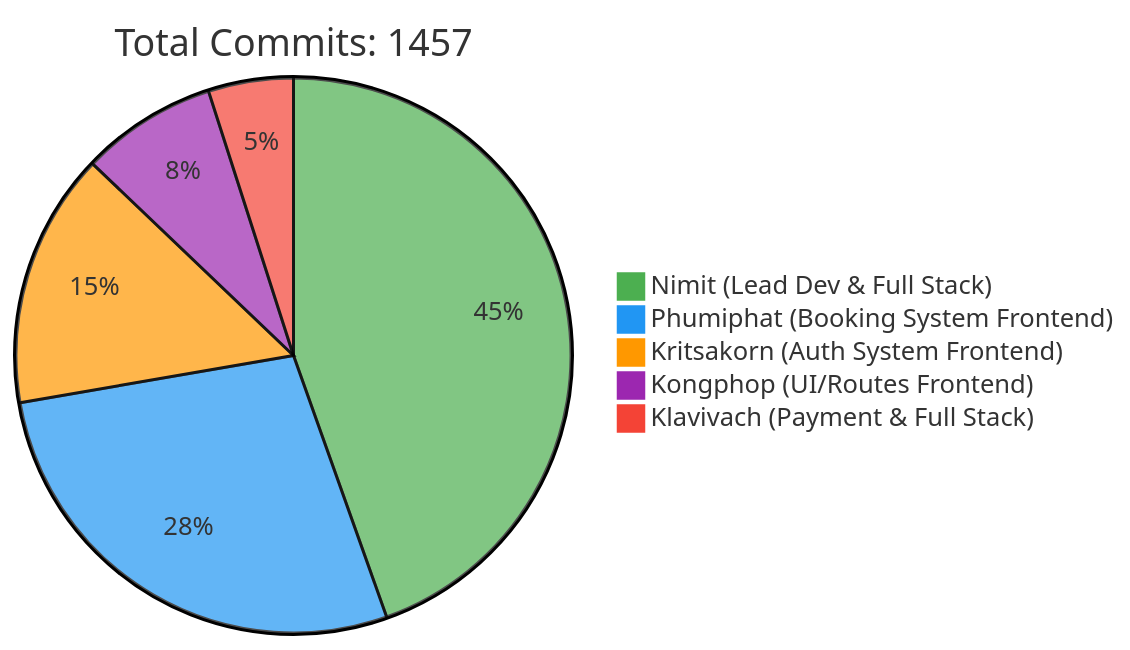
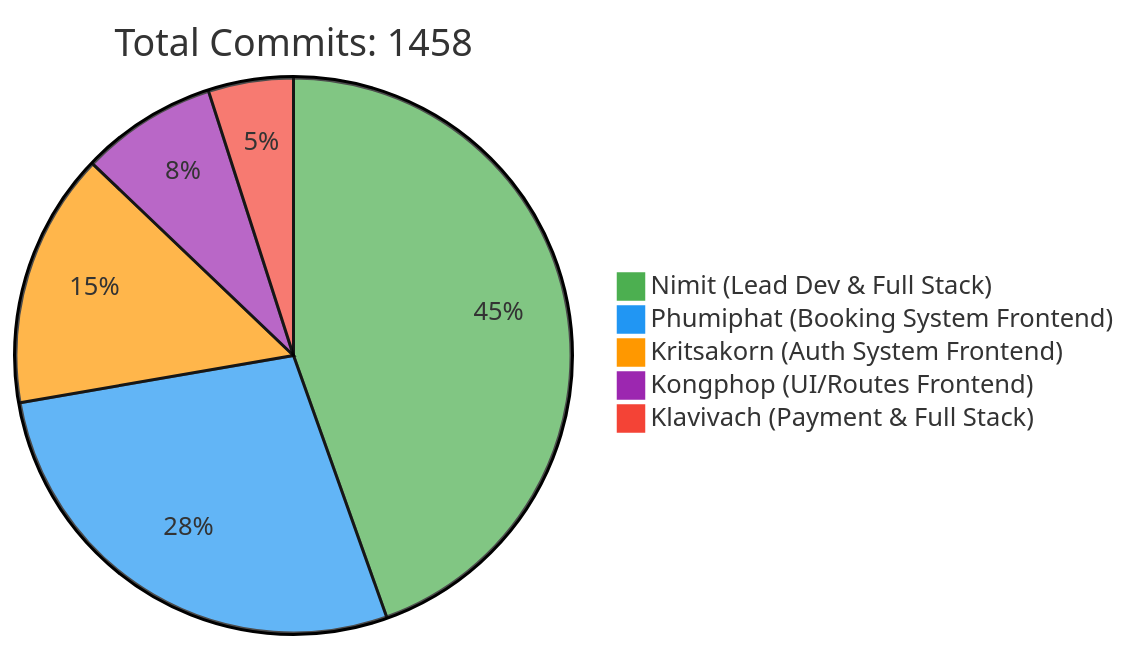
One commit to 6531503042/Sport-Complex changed the first of 2 diagrams in README.md. Above: the diagram before and after it, drawn with Mermaid. The commit also changed other lines of this file, not shown here.

Commit message:
docs: Update contributor statistics [skip ci]

````diff
--- a/README.md
+++ b/README.md
@@ -257,10 +257,10 @@
 ```mermaid
 %%{init: {'theme': 'base', 'themeVariables': { 'pie1': '#4CAF50', 'pie2': '#2196F3', 'pie3': '#FF9800', 'pie4': '#9C27B0', 'pie5': '#F44336'}}}%%
 pie
-    title Total Commits: 1457
+    title Total Commits: 1458
     "Nimit (Lead Dev & Full Stack)" : 450
     "Phumiphat (Booking System Frontend)" : 280
     "Kritsakorn (Auth System Frontend)" : 150
     "Kongphop (UI/Routes Frontend)" : 80
     "Klavivach (Payment & Full Stack)" : 50
 ```
````
